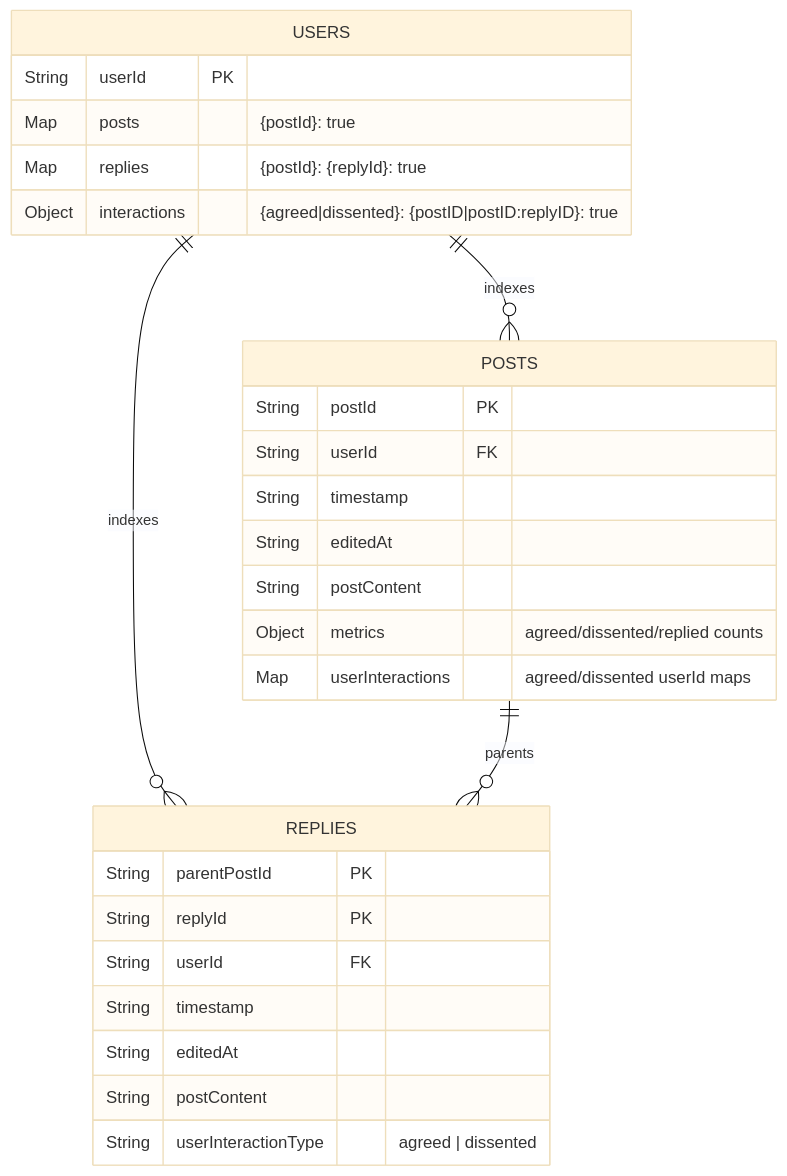
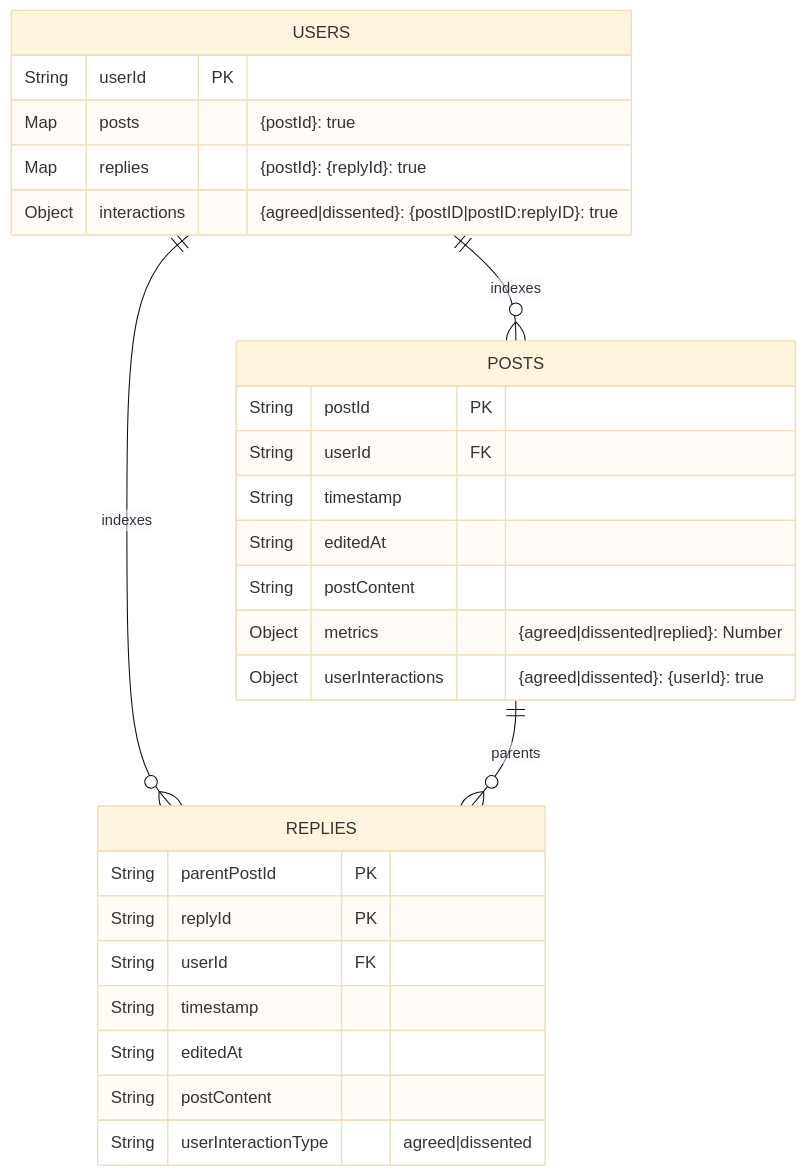
Before and after one commit to n-crespo/theopendissent: the diagram in README.md, drawn with Mermaid (base theme).

````diff
--- a/README.md
+++ b/README.md
@@ -28,34 +28,34 @@
 ```mermaid
 erDiagram
   USERS ||--o{ POSTS : "indexes"
   USERS ||--o{ REPLIES : "indexes"
   POSTS ||--o{ REPLIES : "parents"
 
   USERS {
     String userId PK
     Map posts "{postId}: true"
     Map replies "{postId}: {replyId}: true"
     Object interactions "{agreed|dissented}: {postID|postID:replyID}: true"
   }
 
   POSTS {
     String postId PK
     String userId FK
     String timestamp
     String editedAt
     String postContent
-    Object metrics "agreed/dissented/replied counts"
-    Map userInteractions "agreed/dissented userId maps"
+    Object metrics "{agreed|dissented|replied}: Number"
+    Object userInteractions "{agreed|dissented}: {userId}: true"
   }
 
   REPLIES {
     String parentPostId PK
     String replyId PK
     String userId FK
     String timestamp
     String editedAt
     String postContent
-    String userInteractionType "agreed | dissented"
+    String userInteractionType "agreed|dissented"
   }
 
 ```
````
